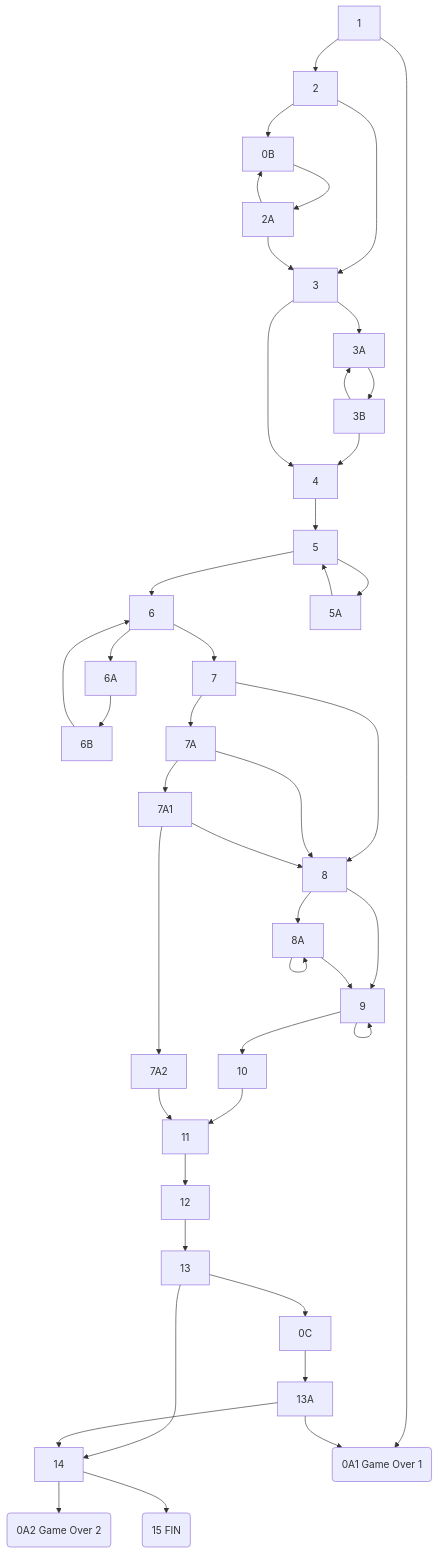
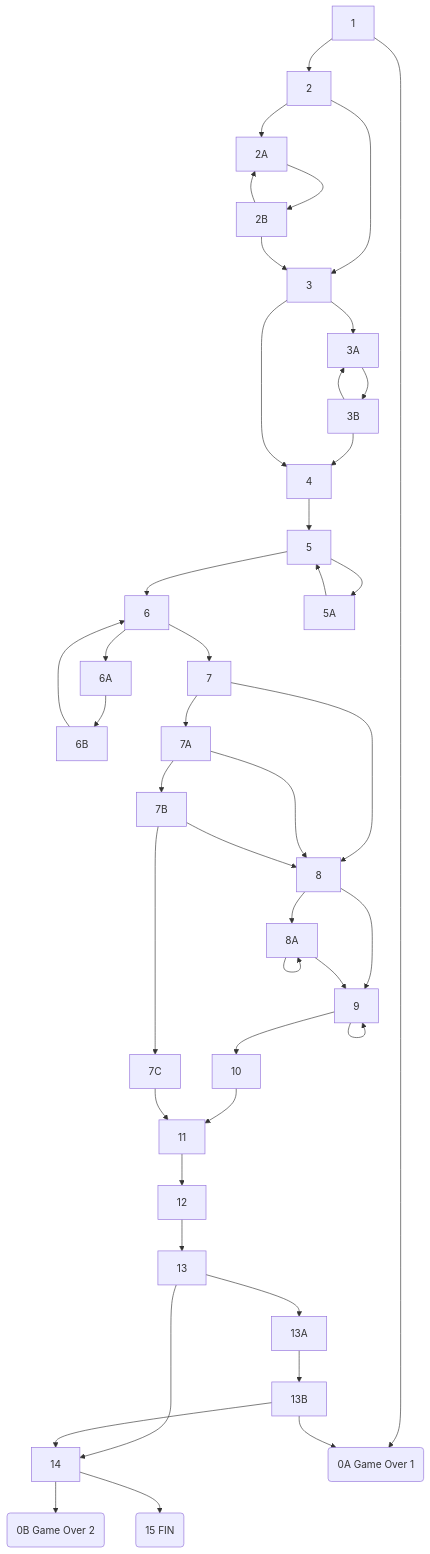
Before and after one commit to tecnibus5/EscapeRoomBUS: the third of 3 diagrams in README.md, drawn with Mermaid. The commit also changed other lines of this file, not shown here.

Commit message:
fix: cambiar nombres a escenas (historia2)

````diff
--- a/README.md
+++ b/README.md
@@ -390,46 +390,46 @@
 ```mermaid
 graph TD
-    1 --> 0A1:(0A1 Game Over 1)
+    1 --> 0A:(0A Game Over 1)
     1 --> 2
-    2 --> 0B
+    2 --> 2A
     2 --> 3
-    0B --> 2A
-    2A --> 0B
-    2A --> 3
+    2A --> 2B
+    2B --> 2A
+    2B --> 3
     3 --> 3A
     3A --> 3B
     3B --> 3A
     3B --> 4
     3 --> 4
     4 --> 5
     5 --> 5A
     5A --> 5
     5 --> 6
     6 --> 6A
     6A --> 6B
     6B --> 6
     6 --> 7
     7 --> 7A
     7 --> 8
-    7A --> 7A1
+    7A --> 7B
     7A --> 8
-    7A1 --> 8
-    7A1 --> 7A2
+    7B --> 8
+    7B --> 7C
     8 --> 8A
     8A --> 8A
     8 --> 9
     8A --> 9
     9 --> 9
     9 --> 10
     10 --> 11
-    7A2 --> 11
+    7C --> 11
     11 --> 12
     12 --> 13
-    13 --> 0C
-    0C --> 13A
-    13A --> 0A1:(0A1 Game Over 1)
+    13 --> 13A
+    13A --> 13B
+    13B --> 0A:(0A Game Over 1)
     13 --> 14
-    13A --> 14
-    14 --> 0A2:(0A2 Game Over 2)
+    13B --> 14
+    14 --> 0B:(0B Game Over 2)
     14 --> 15(15 FIN)
 ```
````
